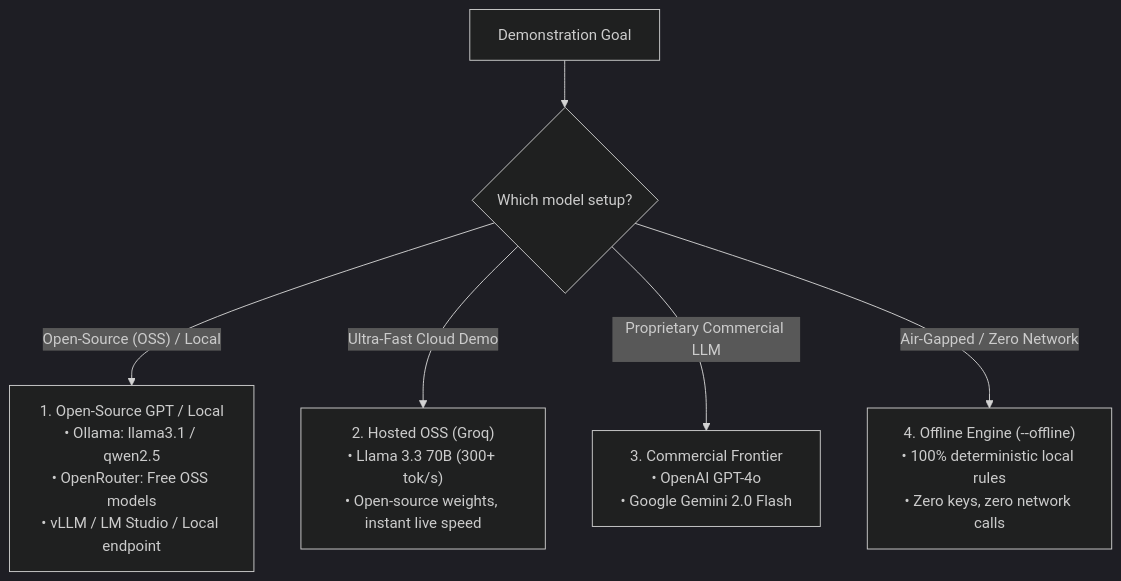
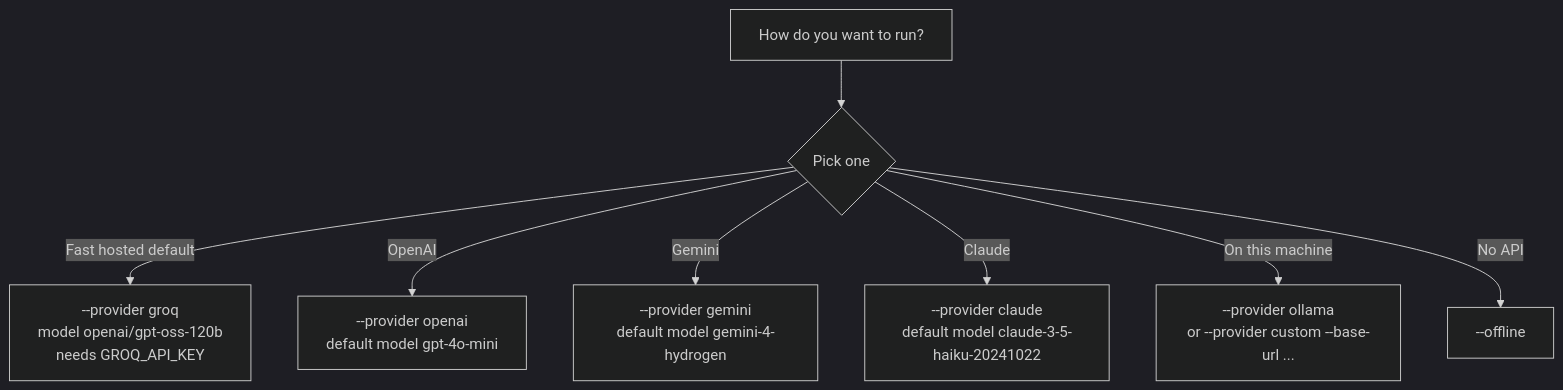
Before and after one commit to dhawalshankar/daroga: the second of 3 diagrams in docs/customer.md, drawn with Mermaid (dark theme). The commit also changed other lines of this file and 6 other files, not shown here.

Commit message:
docs: update architecture and CLI reference for clarity and consistency, enhance PRD with detailed scope and migration process

````diff
--- a/docs/customer.md
+++ b/docs/customer.md
@@ -77,9 +62,10 @@
 ```mermaid
 flowchart TD
-    Start["Demonstration Goal"] --> Choice{"Which model setup?"}
-    
-    Choice -->|"Open-Source (OSS) / Local"| OSS["1. Open-Source GPT / Local<br/>• Ollama: llama3.1 / qwen2.5<br/>• OpenRouter: Free OSS models<br/>• vLLM / LM Studio / Local endpoint"]
-    Choice -->|"Ultra-Fast Cloud Demo"| Groq["2. Hosted OSS (Groq)<br/>• Llama 3.3 70B (300+ tok/s)<br/>• Open-source weights, instant live speed"]
-    Choice -->|"Proprietary Commercial LLM"| Commercial["3. Commercial Frontier<br/>• OpenAI GPT-4o<br/>• Google Gemini 2.0 Flash"]
-    Choice -->|"Air-Gapped / Zero Network"| Offline["4. Offline Engine (--offline)<br/>• 100% deterministic local rules<br/>• Zero keys, zero network calls"]
+    Start["How do you want to run?"] --> Choice{"Pick one"}
+    Choice -->|"Fast hosted default"| Groq["--provider groq<br/>model openai/gpt-oss-120b<br/>needs GROQ_API_KEY"]
+    Choice -->|"OpenAI"| OAI["--provider openai<br/>default model gpt-4o-mini"]
+    Choice -->|"Gemini"| Gem["--provider gemini<br/>default model gemini-4-hydrogen"]
+    Choice -->|"Claude"| Cla["--provider claude<br/>default model claude-3-5-haiku-20241022"]
+    Choice -->|"On this machine"| Local["--provider ollama<br/>or --provider custom --base-url ..."]
+    Choice -->|"No API"| Off["--offline"]
 ```
````
